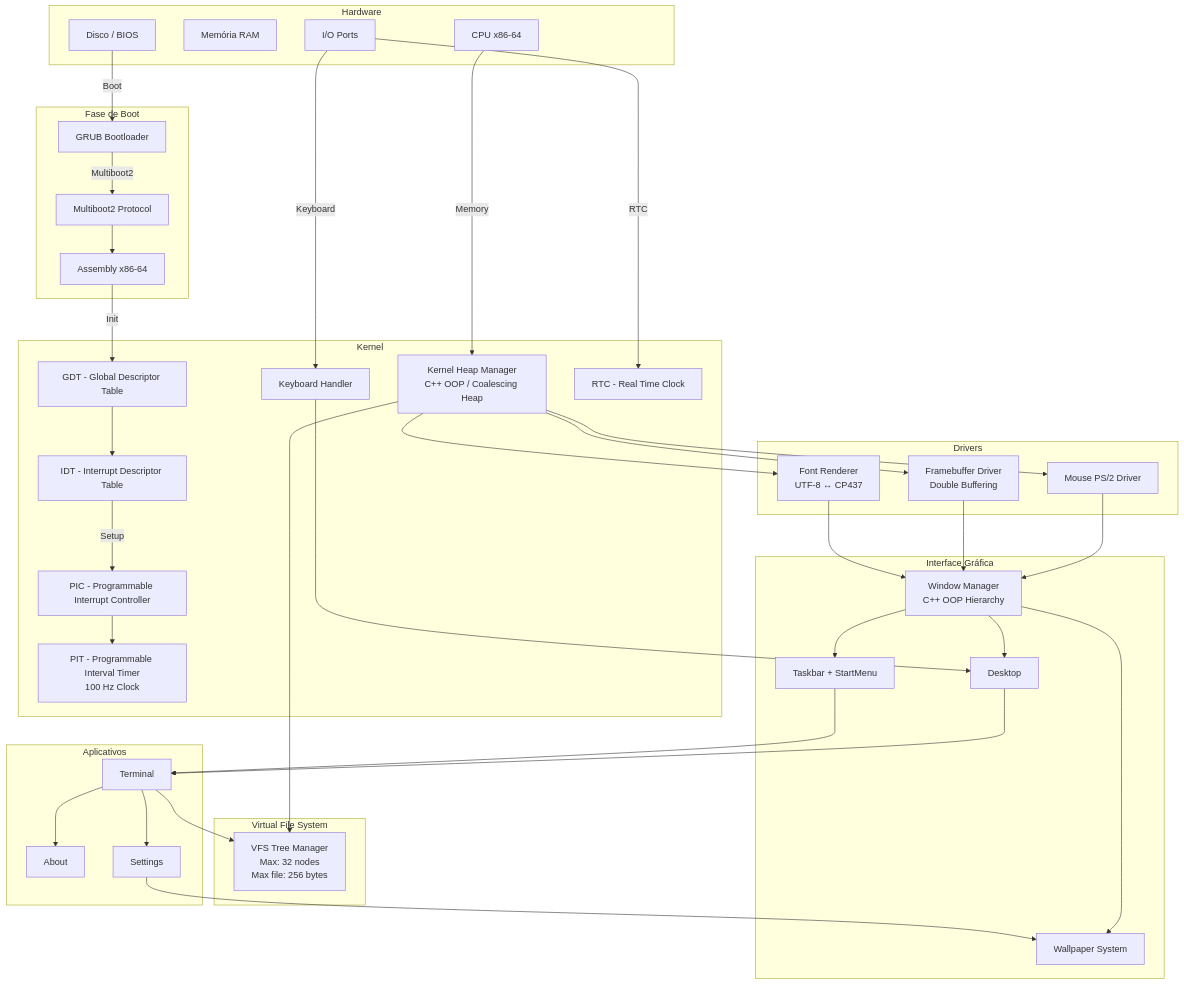
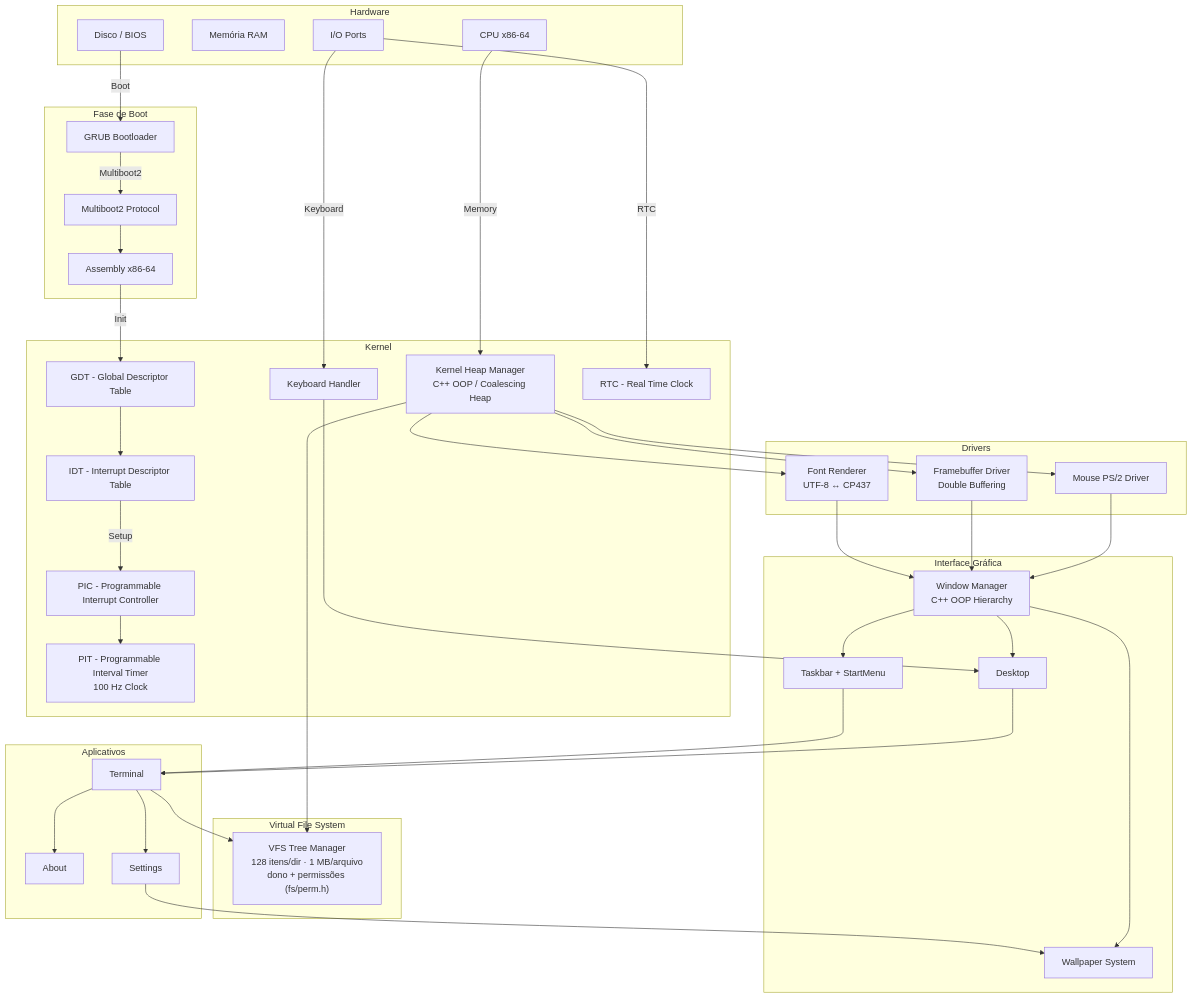
The first of 6 diagrams in ARCHITECTURE.md (HeitorASM/HAOS), drawn with Mermaid before and after one commit. The commit also changed 38 other files, not shown here.

First line of the commit message:
feat: adiciona contas de usuário e permissões ao VFS

````diff
--- a/ARCHITECTURE.md
+++ b/ARCHITECTURE.md
@@ -9,82 +9,82 @@
 ```mermaid
 graph TB
     subgraph Hardware[" Hardware"]
         CPU["CPU x86-64"]
         RAM["Memória RAM"]
         DISK["Disco / BIOS"]
         IO["I/O Ports"]
     end
     
     subgraph Boot[" Fase de Boot"]
         GRUB["GRUB Bootloader"]
         MB2["Multiboot2 Protocol"]
         ASM["Assembly x86-64"]
     end
     
     subgraph Kernel[" Kernel"]
         GDT["GDT - Global Descriptor Table"]
         IDT["IDT - Interrupt Descriptor Table"]
         PIC["PIC - Programmable Interrupt Controller"]
         PIT["PIT - Programmable Interval Timer<br/>100 Hz Clock"]
         KMEM["Kernel Heap Manager<br/>C++ OOP / Coalescing Heap"]
         KBD["Keyboard Handler"]
         RTC["RTC - Real Time Clock"]
     end
     
     subgraph Drivers[" Drivers"]
         FB["Framebuffer Driver<br/>Double Buffering"]
         MOUSE["Mouse PS/2 Driver"]
         FONT["Font Renderer<br/>UTF-8 ↔ CP437"]
     end
     
     subgraph FS[" Virtual File System"]
-        VFS["VFS Tree Manager<br/>Max: 32 nodes<br/>Max file: 256 bytes"]
+        VFS["VFS Tree Manager<br/>128 itens/dir · 1 MB/arquivo<br/>dono + permissões (fs/perm.h)"]
     end
     
     subgraph GUI[" Interface Gráfica"]
         WM["Window Manager<br/>C++ OOP Hierarchy"]
         DESKTOP["Desktop"]
         TASKBAR["Taskbar + StartMenu"]
         WALLPAPER["Wallpaper System"]
     end
     
     subgraph Apps[" Aplicativos"]
         TERM["Terminal"]
         ABOUT["About"]
         CONFIG["Settings"]
     end
     
     DISK -->|Boot| GRUB
     GRUB -->|Multiboot2| MB2
     MB2 --> ASM
     ASM -->|Init| GDT
     GDT --> IDT
     IDT -->|Setup| PIC
     PIC --> PIT
     CPU -->|Memory| KMEM
     IO -->|Keyboard| KBD
     IO -->|RTC| RTC
     
     KMEM --> FB
     KMEM --> MOUSE
     KMEM --> FONT
     KMEM --> VFS
     
     KBD --> DESKTOP
     MOUSE --> WM
     FB --> WM
     FONT --> WM
     
     WM --> TASKBAR
     WM --> WALLPAPER
     WM --> DESKTOP
     
     DESKTOP --> TERM
     TASKBAR --> TERM
     TERM --> ABOUT
     TERM --> CONFIG
     
     TERM --> VFS
     CONFIG --> WALLPAPER
 
 ```
````
